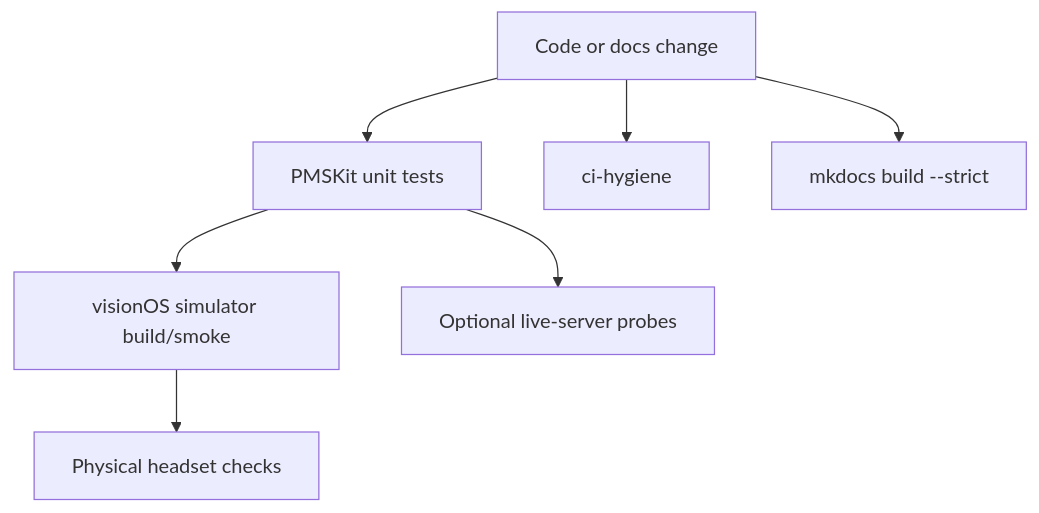
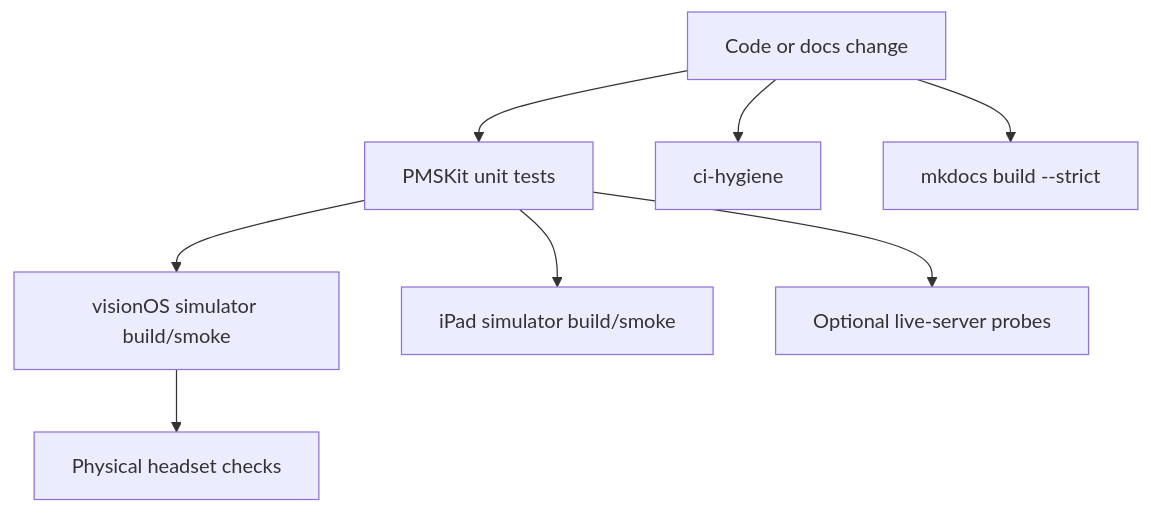
The diagram in docs/TESTING-STRATEGY.md (jlipworth/Labstream), drawn with Mermaid before and after one commit. The commit also changed other lines of this file and 56 other files, not shown here.

````diff
--- a/docs/TESTING-STRATEGY.md
+++ b/docs/TESTING-STRATEGY.md
@@ -5,9 +5,10 @@
 ```mermaid
 flowchart TD
   Change[Code or docs change] --> Unit[PMSKit unit tests]
   Change --> Hygiene[ci-hygiene]
   Change --> Docs[mkdocs build --strict]
-  Unit --> Sim[visionOS simulator build/smoke]
-  Sim --> Device[Physical headset checks]
+  Unit --> VisionSim[visionOS simulator build/smoke]
+  Unit --> MobileSim[iPad simulator build/smoke]
+  VisionSim --> Device[Physical headset checks]
   Unit --> Live[Optional live-server probes]
 ```
````
